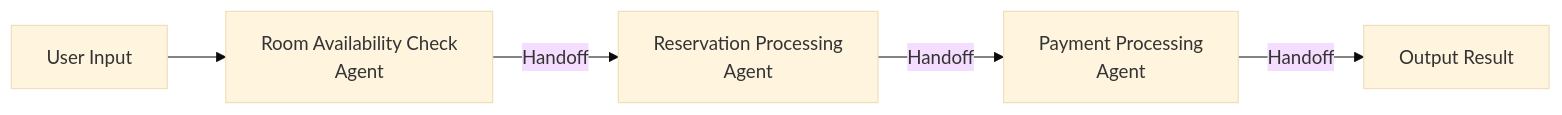
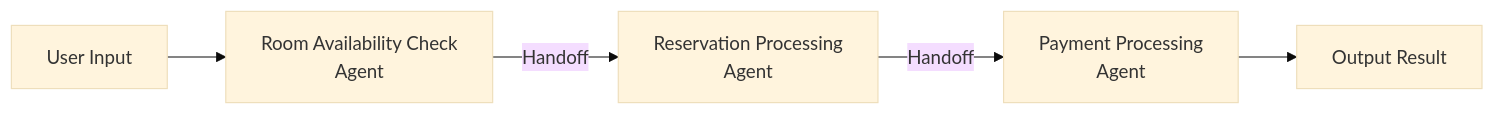
Before and after one commit to mamezou-tech/mamezou-tech-site: the second of 2 diagrams in src/en/posts/blogs/2025/0323_openai-agents-sdk-intro.md, drawn with Mermaid (base theme). The commit also changed 2 other files, not shown here.

Commit message:
fix: remove unnecessary handoff notation in flow diagrams
The handoff notation (`|Handoff|`) was removed from the diagrams in all language versions to simplify the flow. This change ensures consistency and improves readability across the representations. Additionally, a minor wording update was made in the Japanese text for clarity.

````diff
--- a/src/en/posts/blogs/2025/0323_openai-agents-sdk-intro.md
+++ b/src/en/posts/blogs/2025/0323_openai-agents-sdk-intro.md
@@ -519,7 +519,7 @@
 ```mermaid
 flowchart LR
     A[User Input] --> B[Room Availability Check<br>Agent]
     B -->|Handoff| C[Reservation Processing<br>Agent]
     C -->|Handoff| D[Payment Processing<br>Agent]
-    D -->|Handoff| E[Output Result]
+    D --> E[Output Result]
 ```
````
